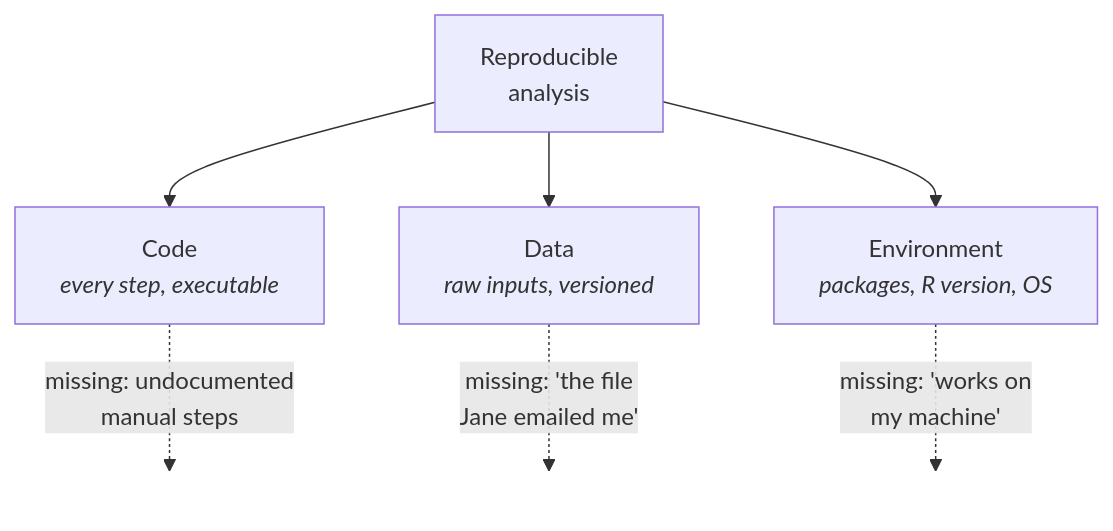
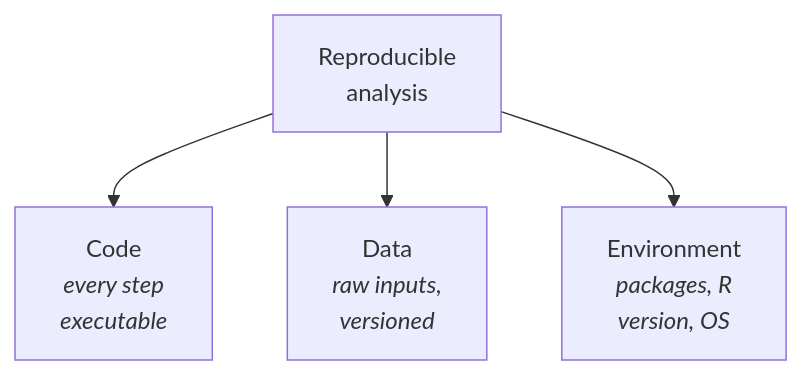
Before and after one commit to rgt47/practicum: the diagram in 01-why.qmd, drawn with Mermaid. The commit also changed 7 other files, not shown here.

````diff
--- a/01-why.qmd
+++ b/01-why.qmd
@@ -121,17 +121,11 @@
 ```{mermaid}
 %%| label: fig-repro-legs
 %%| fig-cap: "The three ingredients of a methods-reproducible analysis.
-%%|   Each is necessary; the absence of any one is a distinct and
-%%|   common failure mode, noted beneath it."
+%%|   Each is necessary, and each has a characteristic failure mode: code
+%%|   with undocumented manual steps, data that is 'the file a colleague
+%%|   emailed me', and an environment that only 'works on my machine'."
 flowchart TD
-  R["Reproducible<br/>analysis"]
-  R --> C["Code<br/><i>every step, executable</i>"]
-  R --> D["Data<br/><i>raw inputs, versioned</i>"]
-  R --> E["Environment<br/><i>packages, R version, OS</i>"]
-  C -.->|"missing: undocumented<br/>manual steps"| Cx[" "]
-  D -.->|"missing: 'the file<br/>Jane emailed me'"| Dx[" "]
-  E -.->|"missing: 'works on<br/>my machine'"| Ex[" "]
-  style Cx fill:none,stroke:none
-  style Dx fill:none,stroke:none
-  style Ex fill:none,stroke:none
+  R["Reproducible<br/>analysis"] --> C["Code<br/><i>every step<br/>executable</i>"]
+  R --> D["Data<br/><i>raw inputs,<br/>versioned</i>"]
+  R --> E["Environment<br/><i>packages, R<br/>version, OS</i>"]
 ```
````
